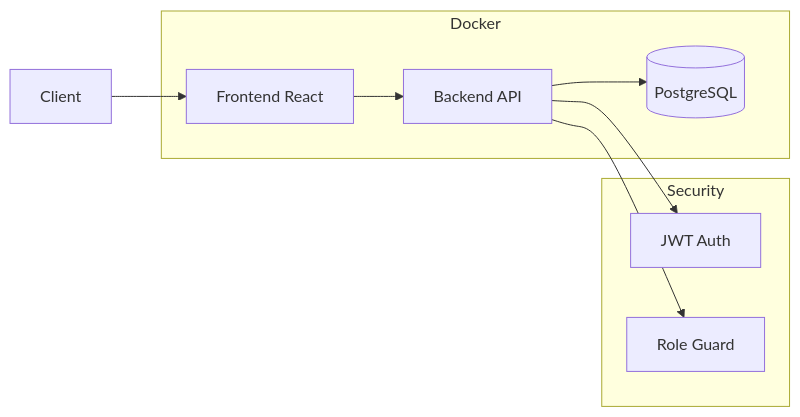
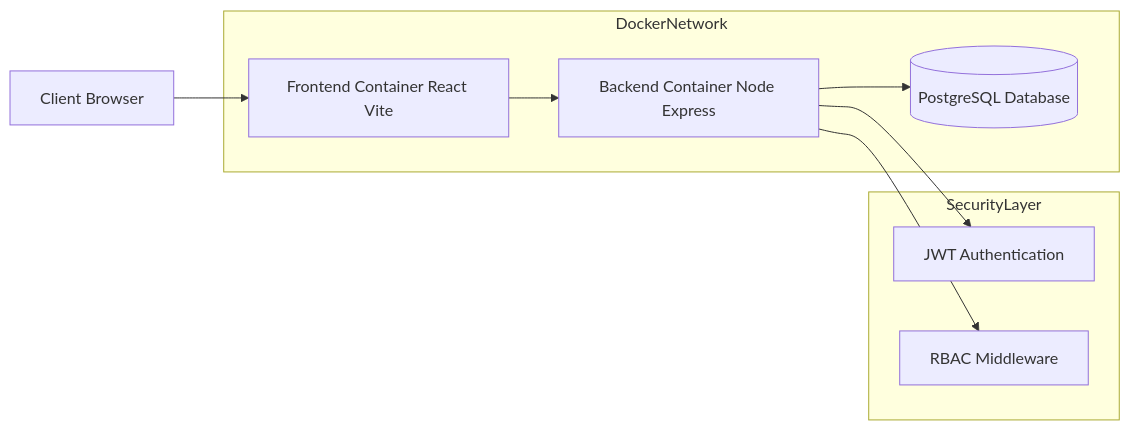
The first of 3 diagrams in docs/architecture.md (Sayyaddsameer/Multi-Tenant-SaaS-Platform), drawn with Mermaid before and after one commit.

Commit message:
docs: add product requirements document defining scope and features

````diff
--- a/docs/architecture.md
+++ b/docs/architecture.md
@@ -18,28 +18,17 @@
 ```mermaid
 graph LR
-    User --> Frontend
-    Frontend --> Backend
-    Backend --> Database
+    User[Client Browser] --> Frontend[Frontend Container React Vite]
+    Frontend --> Backend[Backend Container Node Express]
+    Backend --> DB[(PostgreSQL Database)]
 
-    subgraph Docker
+    subgraph DockerNetwork
         Frontend
         Backend
-        Database
+        DB
     end
 
-    subgraph Security
-        JWT
-        RBAC
+    subgraph SecurityLayer
+        Backend --> JWT[JWT Authentication]
+        Backend --> RBAC[RBAC Middleware]
     end
-
-    Backend --> JWT
-    Backend --> RBAC
-
-    User[Client]
-    Frontend[Frontend React]
-    Backend[Backend API]
-    Database[(PostgreSQL)]
-    JWT[JWT Auth]
-    RBAC[Role Guard]
-
 ```
````
